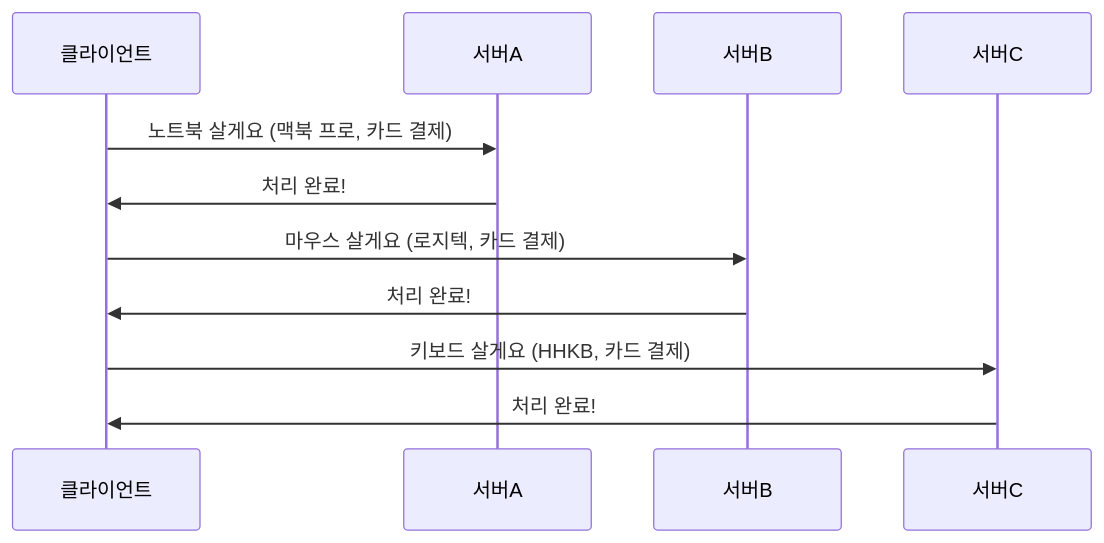
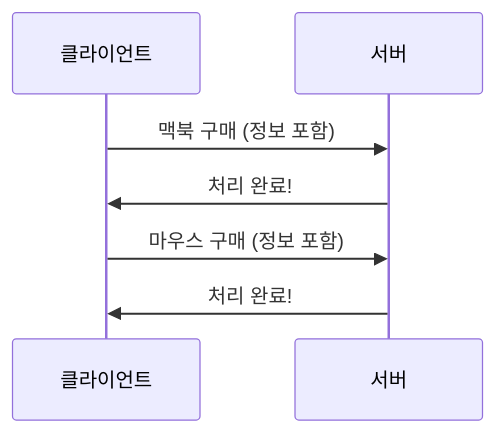
One commit to yjkim2015/yjkim2015.github.io changed the third of 5 diagrams in _posts/http/2021-01-05-http-2.md. Above: the diagram before and after it, drawn with Mermaid. The commit also changed other lines of this file and 155 other files, not shown here.

First line of the commit message:
Mermaid 전면 수정: subgraph 제거, participant/노드/줄수 축소 (342블록)

````diff
--- a/_posts/http/2021-01-05-http-2.md
+++ b/_posts/http/2021-01-05-http-2.md
@@ -110,13 +110,9 @@
 ```mermaid
 sequenceDiagram
     participant C as 클라이언트
-    participant S1 as 서버A
-    participant S2 as 서버B
-    participant S3 as 서버C
-    C->>S1: 노트북 살게요 (맥북 프로, 카드 결제)
-    S1->>C: 처리 완료!
-    C->>S2: 마우스 살게요 (로지텍, 카드 결제)
-    S2->>C: 처리 완료!
-    C->>S3: 키보드 살게요 (HHKB, 카드 결제)
-    S3->>C: 처리 완료!
+    participant S as 서버
+    C->>S: 맥북 구매 (정보 포함)
+    S->>C: 처리 완료!
+    C->>S: 마우스 구매 (정보 포함)
+    S->>C: 처리 완료!
 ```
````
